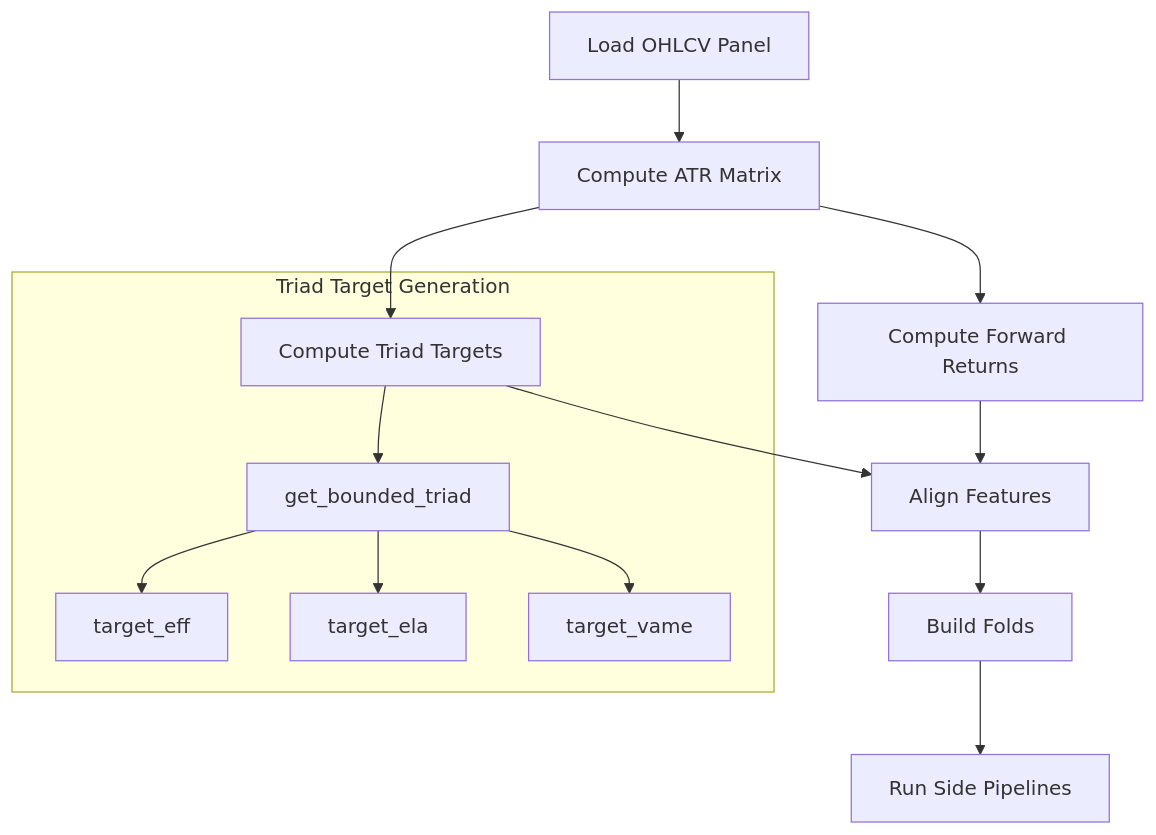
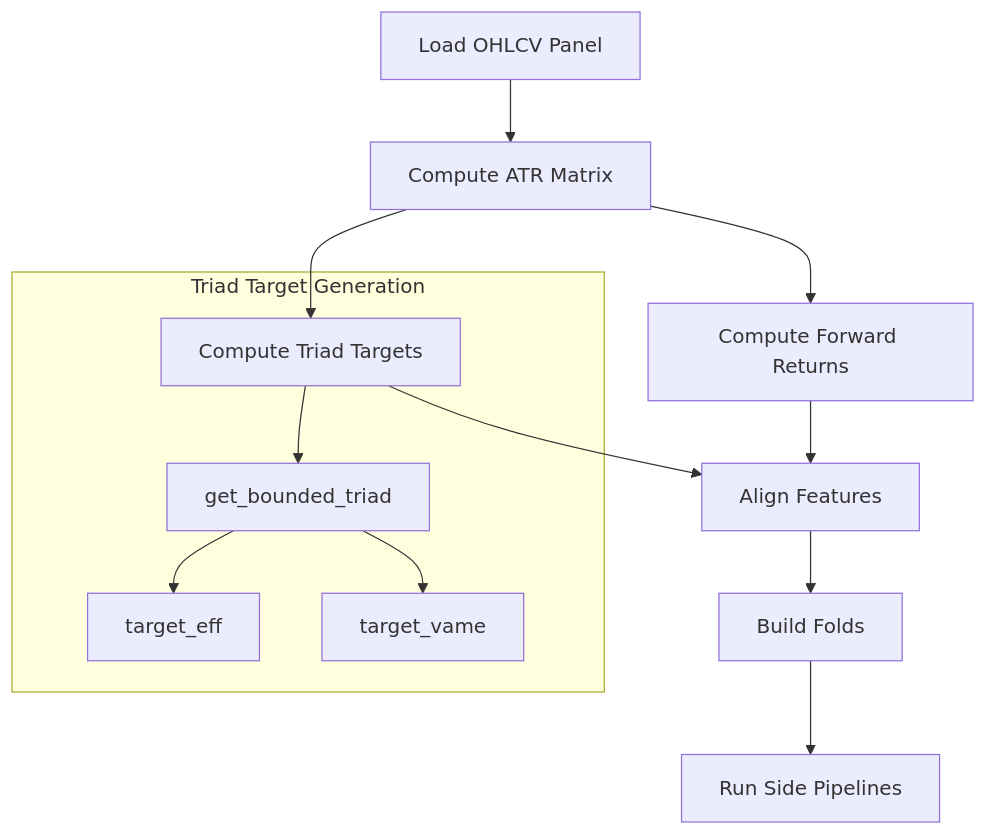
The first of 2 diagrams in extreme_price_movements/TRIAD_TARGET_ARCHITECTURE.md (remyroche/Ares), drawn with Mermaid before and after one commit. The commit also changed other lines of this file and 4 other files, not shown here.

````diff
--- a/extreme_price_movements/TRIAD_TARGET_ARCHITECTURE.md
+++ b/extreme_price_movements/TRIAD_TARGET_ARCHITECTURE.md
@@ -99,17 +98,16 @@
 ```mermaid
 flowchart TD
     A[Load OHLCV Panel] --> B[Compute ATR Matrix]
     B --> C[Compute Forward Returns]
     B --> D[Compute Triad Targets]
     C --> E[Align Features]
     D --> E
     E --> F[Build Folds]
     F --> G[Run Side Pipelines]
     
     subgraph Triad Target Generation
         D --> D1[get_bounded_triad]
         D1 --> D2[target_eff]
-        D1 --> D3[target_ela]
-        D1 --> D4[target_vame]
+        D1 --> D3[target_vame]
     end
 ```
````
